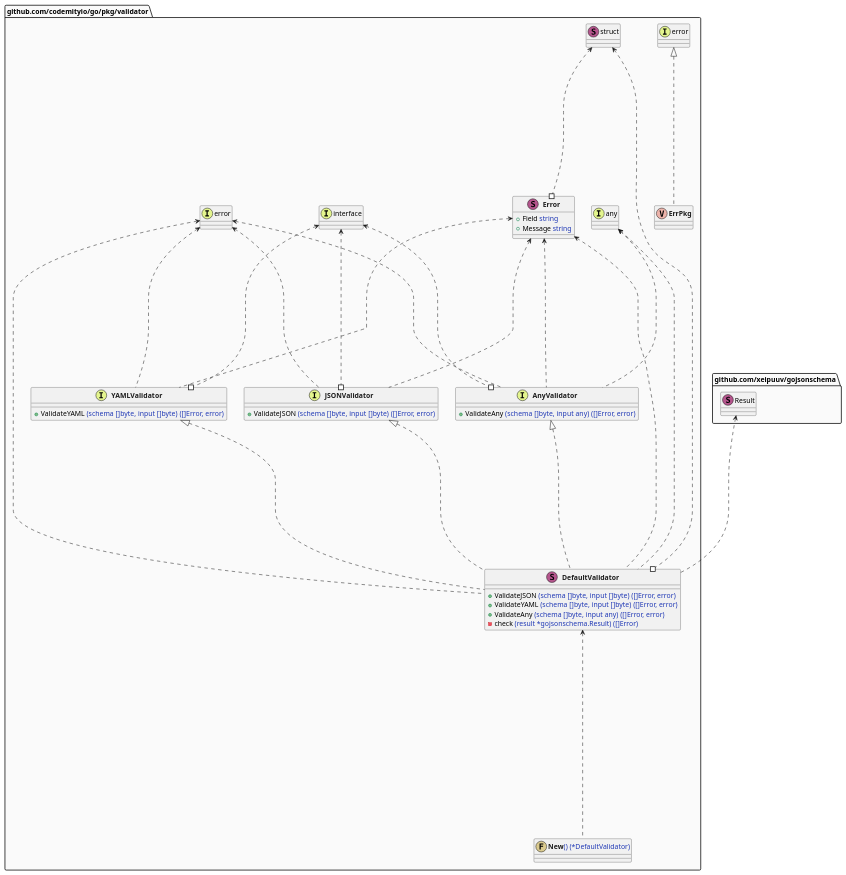
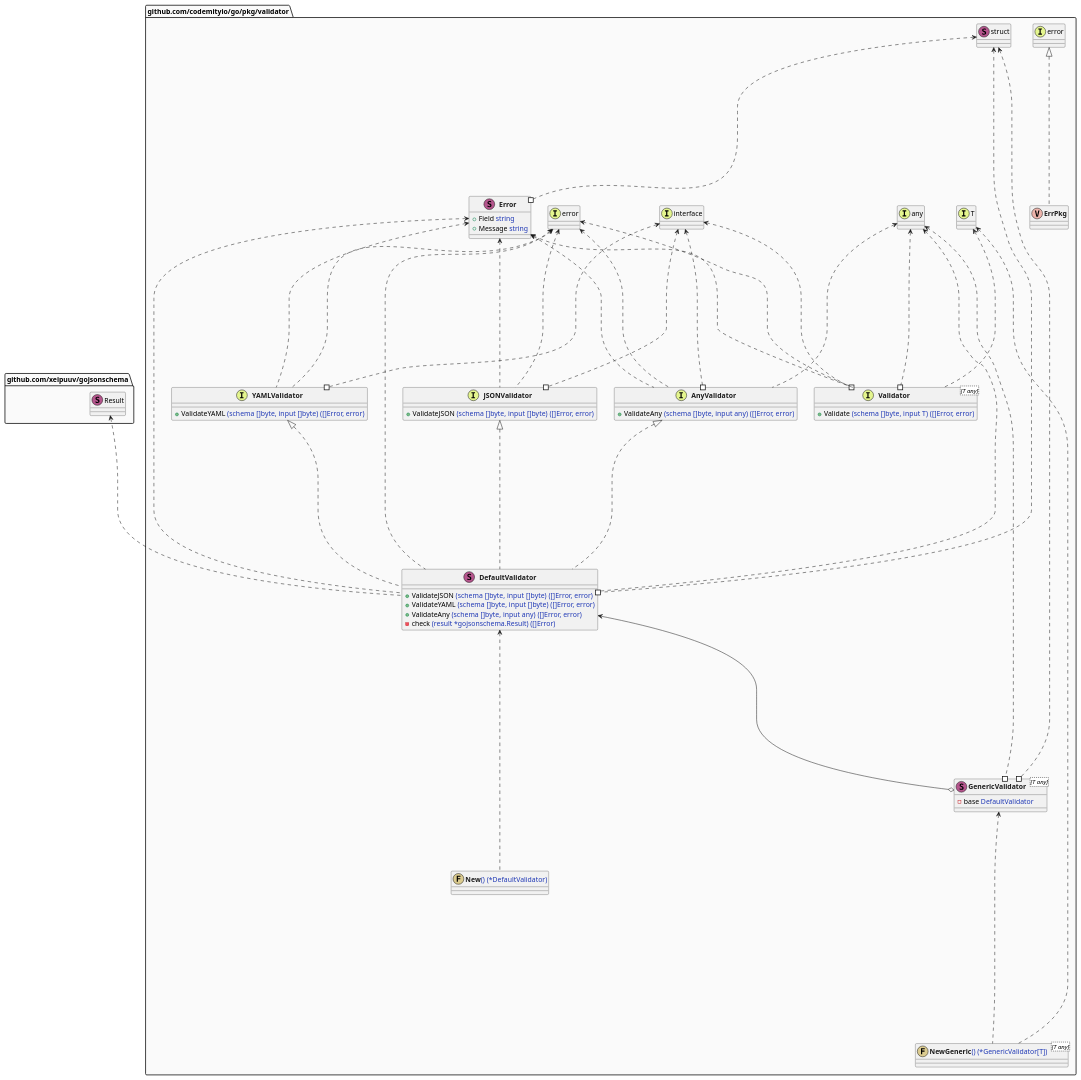
One commit to codemityio/go changed the diagram in pkg/validator/graph.puml. Above: the diagram before and after it, drawn with PlantUML. The commit also changed 40 other files, not shown here.

```diff
--- a/pkg/validator/graph.puml
+++ b/pkg/validator/graph.puml
@@ -1,73 +1,97 @@
 @startuml
 top to bottom direction
 skinparam package {
     BackgroundColor #fafafa
 }
 skinparam defaulttextalignment center
 skinparam noteTextAlignment left
 package "github.com/codemityio/go/pkg/validator" as github_com_codemityio_go_pkg_validator {
+    class "<b><font color=#1c1c1c>GenericValidator</font></b><[T any]>" as github_com_codemityio_go_pkg_validator_GenericValidator << (S, #b5558d) >> {
+        - base <font color=#1f38b5>DefaultValidator</font>
+    }
     class "<b><font color=#1c1c1c>JSONValidator</font></b>" as github_com_codemityio_go_pkg_validator_JSONValidator << (I, #e4f58e) >> {
         + ValidateJSON <font color=#1f38b5>(schema []byte, input []byte) ([]Error, error)</font>
     }
     class "<b><font color=#1c1c1c>YAMLValidator</font></b>" as github_com_codemityio_go_pkg_validator_YAMLValidator << (I, #e4f58e) >> {
         + ValidateYAML <font color=#1f38b5>(schema []byte, input []byte) ([]Error, error)</font>
     }
     class "<b><font color=#1c1c1c>AnyValidator</font></b>" as github_com_codemityio_go_pkg_validator_AnyValidator << (I, #e4f58e) >> {
         + ValidateAny <font color=#1f38b5>(schema []byte, input any) ([]Error, error)</font>
+    }
+    class "<b><font color=#1c1c1c>Validator</font></b><[T any]>" as github_com_codemityio_go_pkg_validator_Validator << (I, #e4f58e) >> {
+        + Validate <font color=#1f38b5>(schema []byte, input T) ([]Error, error)</font>
     }
     class "<b><font color=#1c1c1c>Error</font></b>" as github_com_codemityio_go_pkg_validator_Error << (S, #b5558d) >> {
         + Field <font color=#1f38b5>string</font>
         + Message <font color=#1f38b5>string</font>
     }
     class "<b><font color=#1c1c1c>DefaultValidator</font></b>" as github_com_codemityio_go_pkg_validator_DefaultValidator << (S, #b5558d) >> {
         + ValidateJSON <font color=#1f38b5>(schema []byte, input []byte) ([]Error, error)</font>
         + ValidateYAML <font color=#1f38b5>(schema []byte, input []byte) ([]Error, error)</font>
         + ValidateAny <font color=#1f38b5>(schema []byte, input any) ([]Error, error)</font>
         - check <font color=#1f38b5>(result *gojsonschema.Result) ([]Error)</font>
     }
     class "<b><font color=#1c1c1c>ErrPkg</font></b>" as github_com_codemityio_go_pkg_validator_ErrPkg << (V, #edb4ab) >> {}
     class "<b><font color=#1c1c1c>New</font></b><font color=#1f38b5>() (*DefaultValidator)</font>" as github_com_codemityio_go_pkg_validator_New << (F, #dbcb8f) >> {}
+    class "<b><font color=#1c1c1c>NewGeneric</font></b><font color=#1f38b5>() (*GenericValidator[T])</font><[T any]>" as github_com_codemityio_go_pkg_validator_NewGeneric << (F, #dbcb8f) >> {}
 }
 package "github.com/codemityio/go/pkg/validator" as github_com_codemityio_go_pkg_validator {
+    class "struct" as _struct << (S, #b5558d) >> {}
+    class "any" as _any << (I, #e4f58e) >> {}
     class "interface" as _interface << (I, #e4f58e) >> {}
     class "error" as _error << (I, #e4f58e) >> {}
     class "interface" as _interface << (I, #e4f58e) >> {}
     class "error" as _error << (I, #e4f58e) >> {}
     class "interface" as _interface << (I, #e4f58e) >> {}
     class "any" as _any << (I, #e4f58e) >> {}
+    class "error" as _error << (I, #e4f58e) >> {}
+    class "interface" as _interface << (I, #e4f58e) >> {}
+    class "any" as _any << (I, #e4f58e) >> {}
+    class "T" as github_com_codemityio_go_pkg_validator_T << (I, #e4f58e) >> {}
     class "error" as _error << (I, #e4f58e) >> {}
     class "struct" as _struct << (S, #b5558d) >> {}
     class "struct" as _struct << (S, #b5558d) >> {}
     class "error" as _error << (I, #e4f58e) >> {}
     class "error" as _error << (I, #e4f58e) >> {}
     class "any" as _any << (I, #e4f58e) >> {}
     class "error" as _error << (I, #e4f58e) >> {}
     package "github.com/xeipuuv/gojsonschema" as .github_com_xeipuuv_gojsonschema {
         class "Result" as github_com_xeipuuv_gojsonschema_Result << (S, #b5558d) >> {}
     }
     class "error" as error << (I, #e4f58e) >> {}
+    class "T" as github_com_codemityio_go_pkg_validator_T << (I, #e4f58e) >> {}
 }
 package "github.com/codemityio/go/pkg/validator" as github_com_codemityio_go_pkg_validator {
+    github_com_codemityio_go_pkg_validator_GenericValidator #...up...> _struct
+    github_com_codemityio_go_pkg_validator_GenericValidator #...up...> _any
+    github_com_codemityio_go_pkg_validator_GenericValidator o---up---> github_com_codemityio_go_pkg_validator_DefaultValidator
     github_com_codemityio_go_pkg_validator_JSONValidator #...up...> _interface
     github_com_codemityio_go_pkg_validator_JSONValidator ...up...> github_com_codemityio_go_pkg_validator_Error
     github_com_codemityio_go_pkg_validator_JSONValidator ...up...> _error
     github_com_codemityio_go_pkg_validator_YAMLValidator #...up...> _interface
     github_com_codemityio_go_pkg_validator_YAMLValidator ...up...> github_com_codemityio_go_pkg_validator_Error
     github_com_codemityio_go_pkg_validator_YAMLValidator ...up...> _error
     github_com_codemityio_go_pkg_validator_AnyValidator #...up...> _interface
     github_com_codemityio_go_pkg_validator_AnyValidator ...up...> _any
     github_com_codemityio_go_pkg_validator_AnyValidator ...up...> github_com_codemityio_go_pkg_validator_Error
     github_com_codemityio_go_pkg_validator_AnyValidator ...up...> _error
+    github_com_codemityio_go_pkg_validator_Validator #...up...> _interface
+    github_com_codemityio_go_pkg_validator_Validator #...up...> _any
+    github_com_codemityio_go_pkg_validator_Validator ...up...> github_com_codemityio_go_pkg_validator_T
+    github_com_codemityio_go_pkg_validator_Validator ...up...> github_com_codemityio_go_pkg_validator_Error
+    github_com_codemityio_go_pkg_validator_Validator ...up...> _error
     github_com_codemityio_go_pkg_validator_Error #...up...> _struct
     github_com_codemityio_go_pkg_validator_DefaultValidator #...up...> _struct
     github_com_codemityio_go_pkg_validator_DefaultValidator ...up...|> github_com_codemityio_go_pkg_validator_AnyValidator
     github_com_codemityio_go_pkg_validator_DefaultValidator ...up...|> github_com_codemityio_go_pkg_validator_JSONValidator
     github_com_codemityio_go_pkg_validator_DefaultValidator ...up...|> github_com_codemityio_go_pkg_validator_YAMLValidator
     github_com_codemityio_go_pkg_validator_DefaultValidator ...up...> github_com_codemityio_go_pkg_validator_Error
     github_com_codemityio_go_pkg_validator_DefaultValidator ...up...> _error
     github_com_codemityio_go_pkg_validator_DefaultValidator ...up...> _any
     github_com_codemityio_go_pkg_validator_DefaultValidator ...up...> github_com_xeipuuv_gojsonschema_Result
     github_com_codemityio_go_pkg_validator_ErrPkg ...up...|> error
     github_com_codemityio_go_pkg_validator_New ....up....> github_com_codemityio_go_pkg_validator_DefaultValidator
+    github_com_codemityio_go_pkg_validator_NewGeneric ....up....> github_com_codemityio_go_pkg_validator_GenericValidator
+    github_com_codemityio_go_pkg_validator_NewGeneric ....up....> github_com_codemityio_go_pkg_validator_T
 }
 @enduml
```
